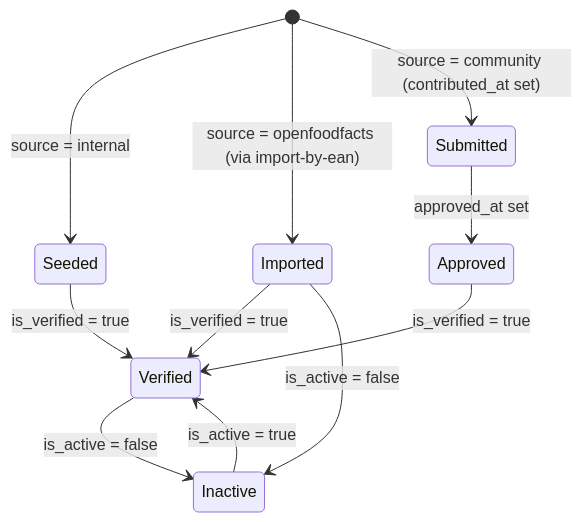
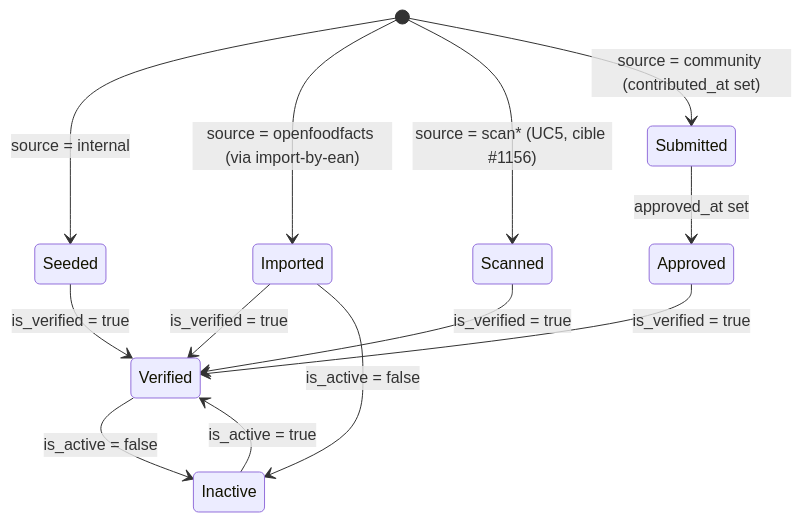
One commit to benoit-bremaud/brasse-bouillon changed the third of 4 diagrams in docs/architecture/diagrams/beer-encyclopedia/05-state.md. Above: the diagram before and after it, drawn with Mermaid. The commit also changed other lines of this file and 2 other files, not shown here.

First line of the commit message:
docs(beer-encyclopedia): review state diagram (FR + PlantUML, two lifecycles)

````diff
--- a/docs/architecture/diagrams/beer-encyclopedia/05-state.md
+++ b/docs/architecture/diagrams/beer-encyclopedia/05-state.md
@@ -28,13 +42,15 @@
 ```mermaid
 stateDiagram-v2
   [*] --> Seeded: source = internal
   [*] --> Imported: source = openfoodfacts (via import-by-ean)
+  [*] --> Scanned: source = scan* (UC5, cible #1156)
   [*] --> Submitted: source = community (contributed_at set)
   Submitted --> Approved: approved_at set
   Seeded --> Verified: is_verified = true
   Imported --> Verified: is_verified = true
+  Scanned --> Verified: is_verified = true
   Approved --> Verified: is_verified = true
   Verified --> Inactive: is_active = false
   Imported --> Inactive: is_active = false
   Inactive --> Verified: is_active = true
 ```
````
